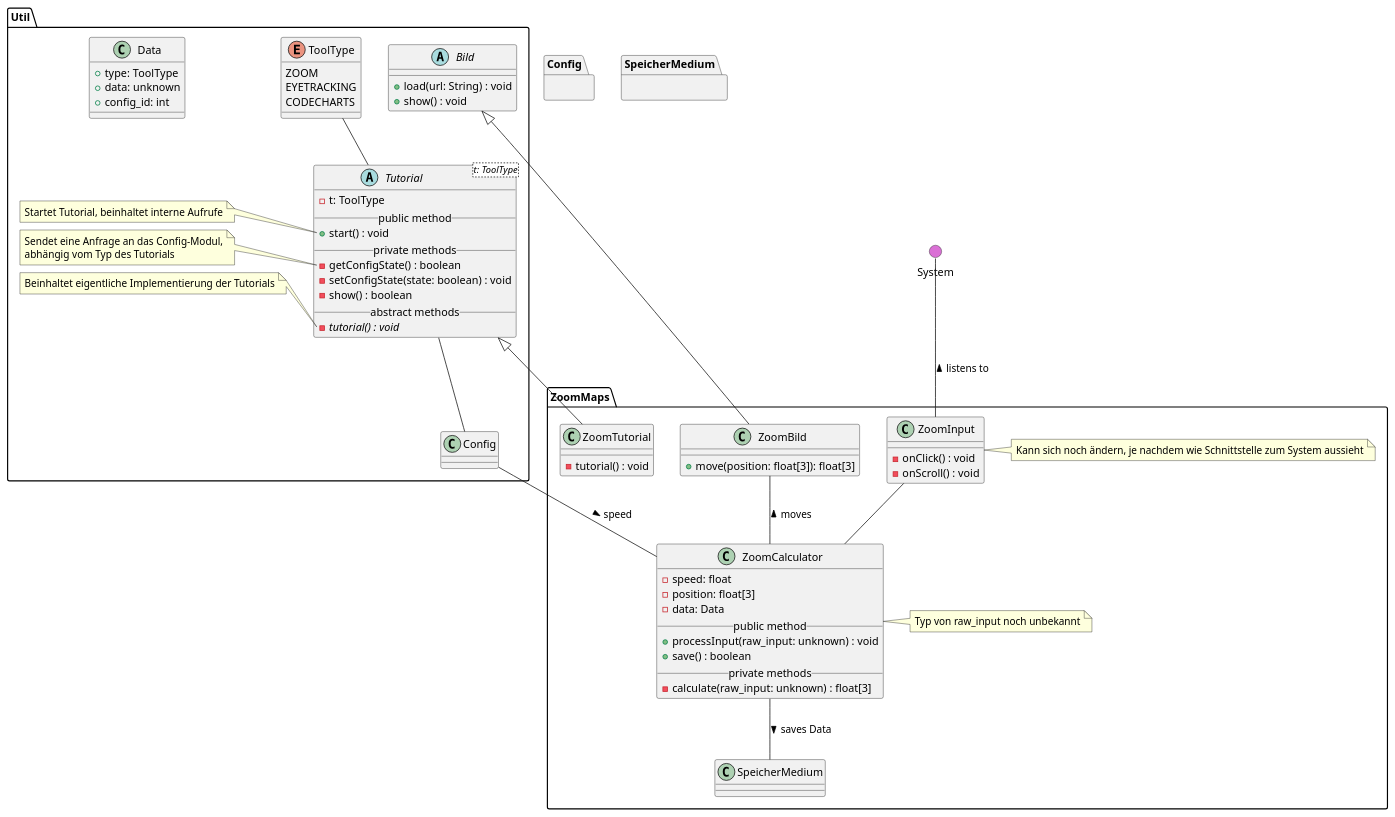
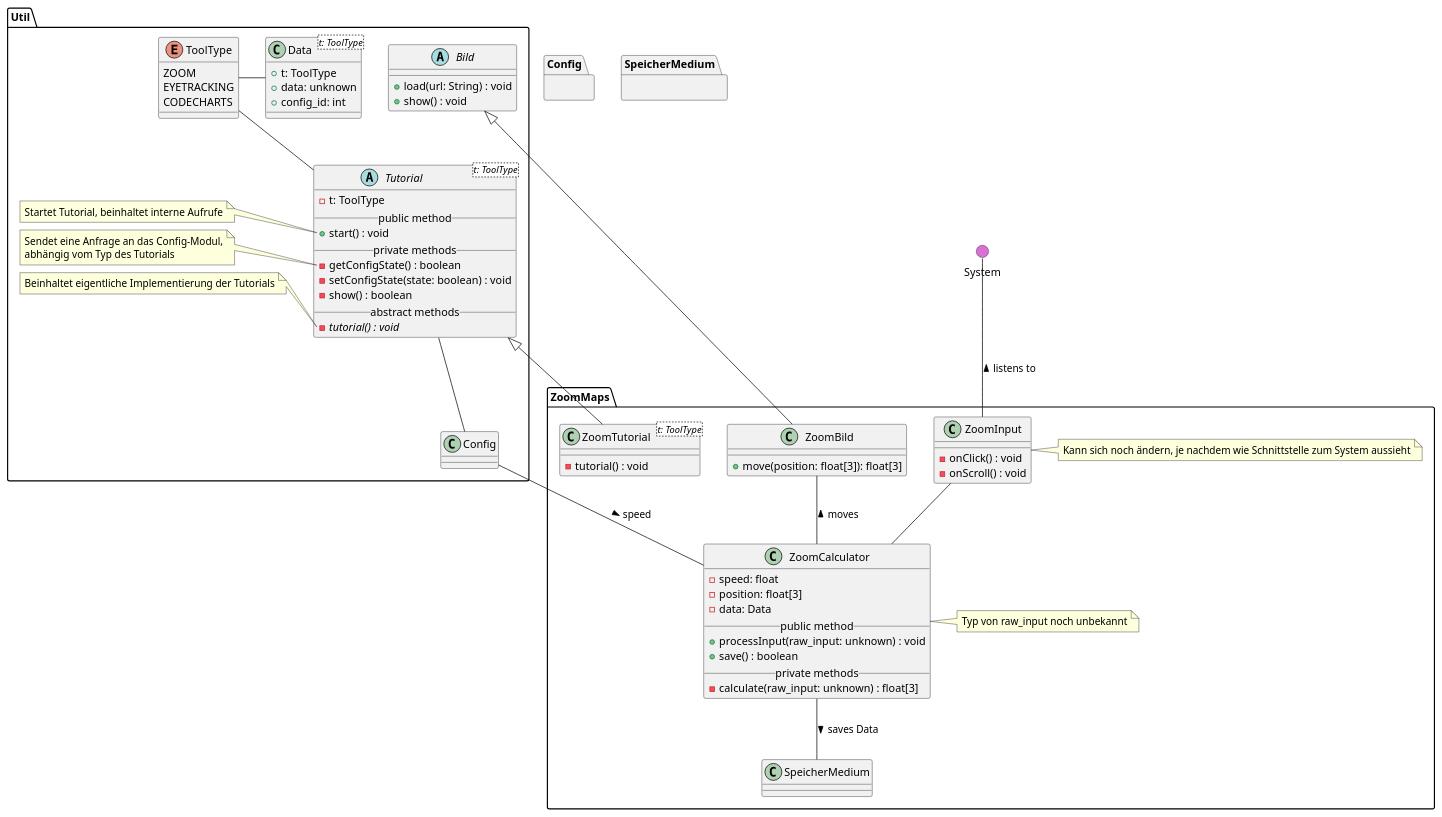
The diagram in meilenstein_03/uml-zoommaps/kommentiert/zoommaps-notes.puml (weichware10/meilensteine), drawn with PlantUML before and after one commit. The commit also changed 1 other file, not shown here.

Commit message:
parametrisierte Klasse und Verbidnung zu ToolType

```diff
--- a/meilenstein_03/uml-zoommaps/kommentiert/zoommaps-notes.puml
+++ b/meilenstein_03/uml-zoommaps/kommentiert/zoommaps-notes.puml
@@ -1,121 +1,122 @@
 @startuml zoommaps
 ' skinparam backgroundColor transparent
 () System #DA70D5
 top to bottom direction
 
 package Util {
     ' --- TUTORIAL ---
     abstract Tutorial<t: ToolType> {
       - t: ToolType
       __public method__
       + start() : void
       __private methods__
       - getConfigState() : boolean
       - setConfigState(state: boolean) : void
       - show() : boolean
       __abstract methods__
       - {abstract} tutorial() : void
     }
 
     enum ToolType {
       ZOOM
       EYETRACKING
       CODECHARTS
     }
 
     ' Notes
     note left of Tutorial::start
         Startet Tutorial, beinhaltet interne Aufrufe
     end note
     note left of Tutorial::getConfigState
         Sendet eine Anfrage an das Config-Modul,
         abhängig vom Typ des Tutorials
     end note
     note left of Tutorial::tutorial
         Beinhaltet eigentliche Implementierung der Tutorials
     end note
 
     ' Interaktionen
     Tutorial -u- ToolType
+    Data -r- ToolType
     Tutorial -d- Config
 
 
     ' --- BILD ---
 
     abstract Bild {
       + load(url: String) : void
       + show() : void
     }
 
-    class Data {
-        + type: ToolType
+    class Data<t: ToolType> {
+        + t: ToolType
         + data: unknown
         + config_id: int
     }
 }
 
 
 
 ' === ZOOM MAPS ===
 package ZoomMaps {
 
     ' Zoom Input
     class ZoomInput {
         - onClick() : void
         - onScroll() : void
     }
 
     ' Notiz
     note right of ZoomInput
         Kann sich noch ändern, je nachdem wie Schnittstelle zum System aussieht
     end note
 
     ' Zoom Tutorial
-    class ZoomTutorial {
+    class ZoomTutorial<t: ToolType> {
         - tutorial() : void
     }
 
     ' Zoom Calculator
     class ZoomCalculator {
         - speed: float
         - position: float[3]
         - data: Data
         __public method__
         + processInput(raw_input: unknown) : void
         + save() : boolean
         __private methods__
         - calculate(raw_input: unknown) : float[3]
     }
 
     ' Notiz
     note right of ZoomCalculator
         Typ von raw_input noch unbekannt
     end note
 
     ' Zoom Bild
     class ZoomBild {
         + move(position: float[3]): float[3]
     }
 
 
     ' Vererbungen
     Bild <|-- ZoomBild
     Tutorial <|-- ZoomTutorial
 
     ' Interaktionen
     ZoomInput -d- ZoomCalculator
     ZoomCalculator  -u- ZoomBild : > moves
 
     ' Andere Module
     ZoomCalculator -- SpeicherMedium : > saves Data
     ZoomCalculator -l- Config : < speed
     ZoomInput -u- System : > listens to
 
 }
 
 ' Blackboxen / Andere Module
 package Config {}
 
 package SpeicherMedium {}
 
 @enduml
```
